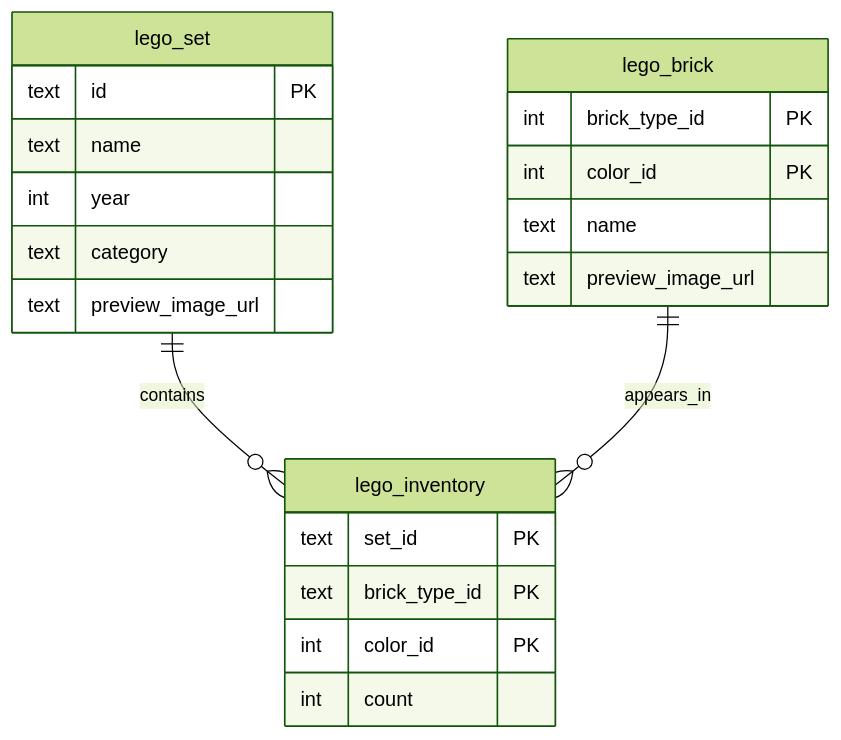
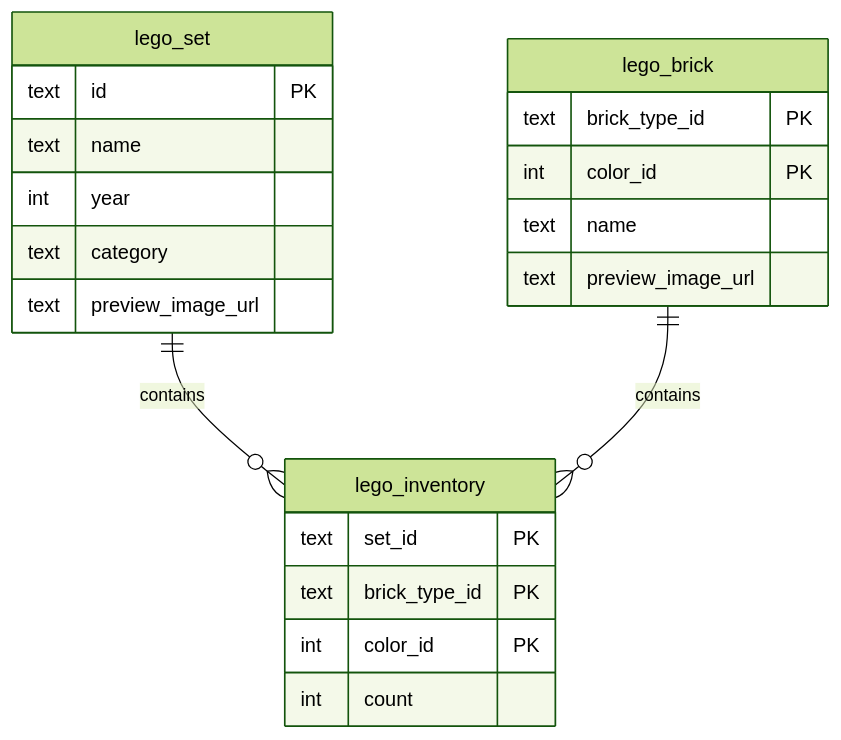
One commit to KineKE/dave3606-lego-catalog changed the second of 2 diagrams in report.md. Above: the diagram before and after it, drawn with Mermaid (forest theme). The commit also changed other lines of this file and 2 other files, not shown here.

````diff
--- a/report.md
+++ b/report.md
@@ -90,27 +190,27 @@
 ```mermaid
 erDiagram
   lego_set {
     text id PK
     text name
     int year
     text category
     text preview_image_url
   }
 
   lego_brick {
-    int brick_type_id PK
+    text brick_type_id PK
     int color_id PK
     text name
     text preview_image_url
   }
 
   lego_inventory {
     text set_id PK
     text brick_type_id PK
     int color_id PK
     int count
   }
 
   lego_set ||--o{ lego_inventory : contains
-  lego_brick ||--o{ lego_inventory : appears_in
+  lego_brick ||--o{ lego_inventory: contains
 ```
````
